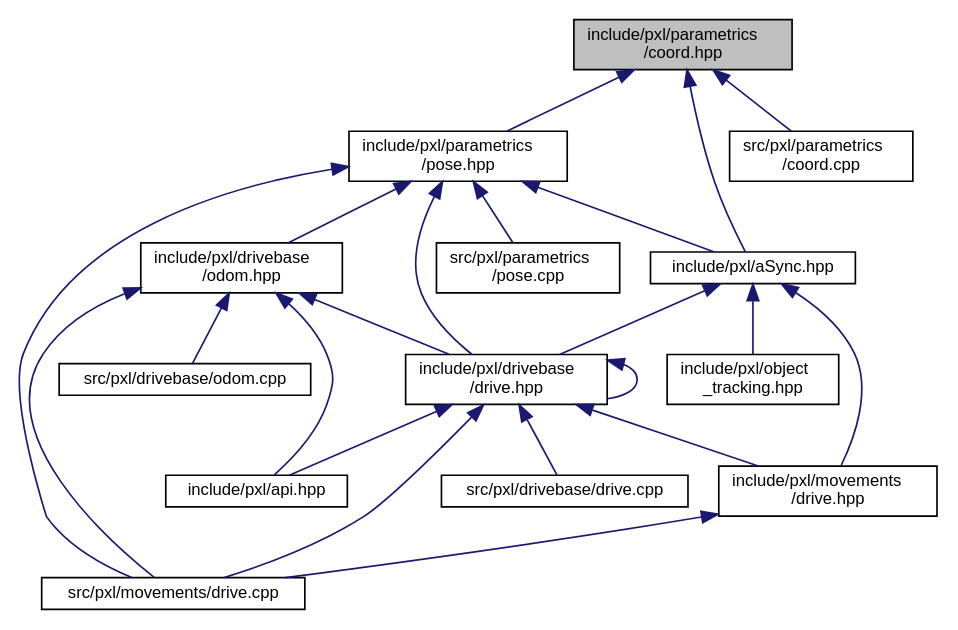
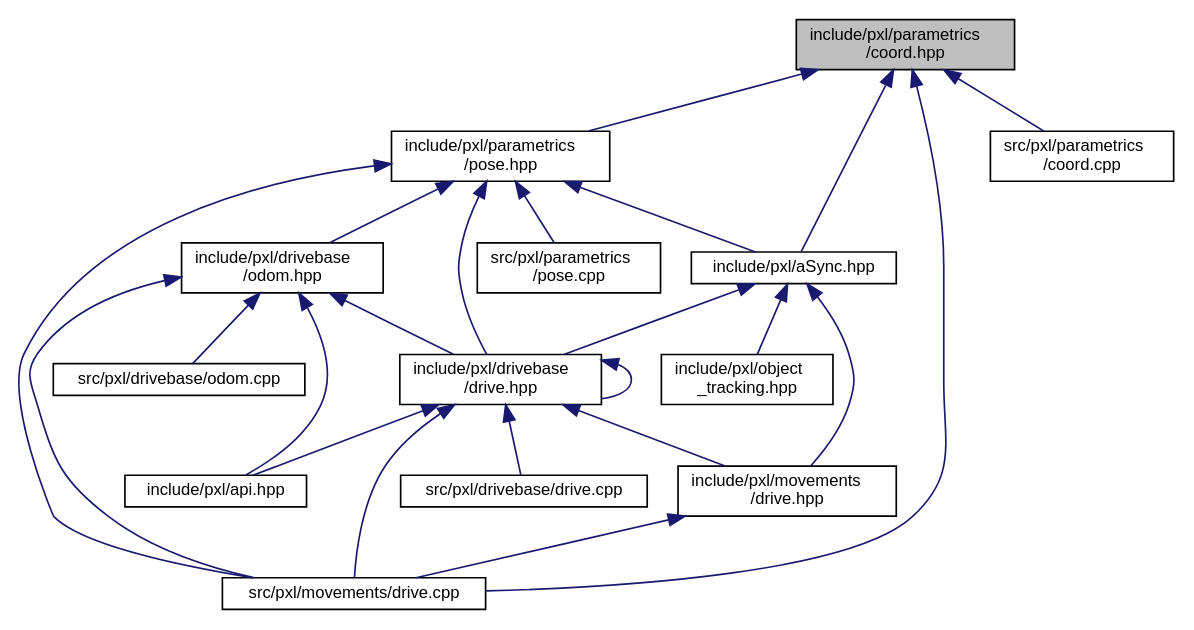
Before and after one commit to Pixel-Lib/Pixel: the diagram in coord_8hpp__dep__incl.dot, drawn with Graphviz. The commit also changed 11 other files, not shown here.

```diff
--- a/coord_8hpp__dep__incl.dot
+++ b/coord_8hpp__dep__incl.dot
@@ -1,40 +1,41 @@
 digraph "include/pxl/parametrics/coord.hpp"
 {
  // LATEX_PDF_SIZE
   edge [fontname="Helvetica",fontsize="10",labelfontname="Helvetica",labelfontsize="10"];
   node [fontname="Helvetica",fontsize="10",shape=record];
   Node1 [label="include/pxl/parametrics\l/coord.hpp",height=0.2,width=0.4,color="black", fillcolor="grey75", style="filled", fontcolor="black",tooltip=" "];
   Node1 -> Node2 [dir="back",color="midnightblue",fontsize="10",style="solid",fontname="Helvetica"];
   Node2 [label="include/pxl/aSync.hpp",height=0.2,width=0.4,color="black", fillcolor="white", style="filled",URL="$aSync_8hpp.html",tooltip=" "];
   Node2 -> Node3 [dir="back",color="midnightblue",fontsize="10",style="solid",fontname="Helvetica"];
   Node3 [label="include/pxl/drivebase\l/drive.hpp",height=0.2,width=0.4,color="black", fillcolor="white", style="filled",URL="$drivebase_2drive_8hpp.html",tooltip=" "];
   Node3 -> Node4 [dir="back",color="midnightblue",fontsize="10",style="solid",fontname="Helvetica"];
   Node4 [label="include/pxl/api.hpp",height=0.2,width=0.4,color="black", fillcolor="white", style="filled",URL="$api_8hpp.html",tooltip=" "];
   Node3 -> Node3 [dir="back",color="midnightblue",fontsize="10",style="solid",fontname="Helvetica"];
   Node3 -> Node5 [dir="back",color="midnightblue",fontsize="10",style="solid",fontname="Helvetica"];
   Node5 [label="include/pxl/movements\l/drive.hpp",height=0.2,width=0.4,color="black", fillcolor="white", style="filled",URL="$movements_2drive_8hpp.html",tooltip=" "];
   Node5 -> Node6 [dir="back",color="midnightblue",fontsize="10",style="solid",fontname="Helvetica"];
   Node6 [label="src/pxl/movements/drive.cpp",height=0.2,width=0.4,color="black", fillcolor="white", style="filled",URL="$movements_2drive_8cpp.html",tooltip=" "];
   Node3 -> Node7 [dir="back",color="midnightblue",fontsize="10",style="solid",fontname="Helvetica"];
   Node7 [label="src/pxl/drivebase/drive.cpp",height=0.2,width=0.4,color="black", fillcolor="white", style="filled",URL="$drivebase_2drive_8cpp.html",tooltip=" "];
   Node3 -> Node6 [dir="back",color="midnightblue",fontsize="10",style="solid",fontname="Helvetica"];
   Node2 -> Node5 [dir="back",color="midnightblue",fontsize="10",style="solid",fontname="Helvetica"];
   Node2 -> Node8 [dir="back",color="midnightblue",fontsize="10",style="solid",fontname="Helvetica"];
   Node8 [label="include/pxl/object\l_tracking.hpp",height=0.2,width=0.4,color="black", fillcolor="white", style="filled",URL="$object__tracking_8hpp.html",tooltip=" "];
   Node1 -> Node9 [dir="back",color="midnightblue",fontsize="10",style="solid",fontname="Helvetica"];
   Node9 [label="include/pxl/parametrics\l/pose.hpp",height=0.2,width=0.4,color="black", fillcolor="white", style="filled",URL="$pose_8hpp.html",tooltip=" "];
   Node9 -> Node2 [dir="back",color="midnightblue",fontsize="10",style="solid",fontname="Helvetica"];
   Node9 -> Node3 [dir="back",color="midnightblue",fontsize="10",style="solid",fontname="Helvetica"];
   Node9 -> Node10 [dir="back",color="midnightblue",fontsize="10",style="solid",fontname="Helvetica"];
   Node10 [label="include/pxl/drivebase\l/odom.hpp",height=0.2,width=0.4,color="black", fillcolor="white", style="filled",URL="$odom_8hpp.html",tooltip=" "];
   Node10 -> Node4 [dir="back",color="midnightblue",fontsize="10",style="solid",fontname="Helvetica"];
   Node10 -> Node3 [dir="back",color="midnightblue",fontsize="10",style="solid",fontname="Helvetica"];
   Node10 -> Node11 [dir="back",color="midnightblue",fontsize="10",style="solid",fontname="Helvetica"];
   Node11 [label="src/pxl/drivebase/odom.cpp",height=0.2,width=0.4,color="black", fillcolor="white", style="filled",URL="$odom_8cpp.html",tooltip=" "];
   Node10 -> Node6 [dir="back",color="midnightblue",fontsize="10",style="solid",fontname="Helvetica"];
   Node9 -> Node6 [dir="back",color="midnightblue",fontsize="10",style="solid",fontname="Helvetica"];
   Node9 -> Node12 [dir="back",color="midnightblue",fontsize="10",style="solid",fontname="Helvetica"];
   Node12 [label="src/pxl/parametrics\l/pose.cpp",height=0.2,width=0.4,color="black", fillcolor="white", style="filled",URL="$pose_8cpp.html",tooltip=" "];
+  Node1 -> Node6 [dir="back",color="midnightblue",fontsize="10",style="solid",fontname="Helvetica"];
   Node1 -> Node13 [dir="back",color="midnightblue",fontsize="10",style="solid",fontname="Helvetica"];
   Node13 [label="src/pxl/parametrics\l/coord.cpp",height=0.2,width=0.4,color="black", fillcolor="white", style="filled",URL="$coord_8cpp.html",tooltip=" "];
 }
```
